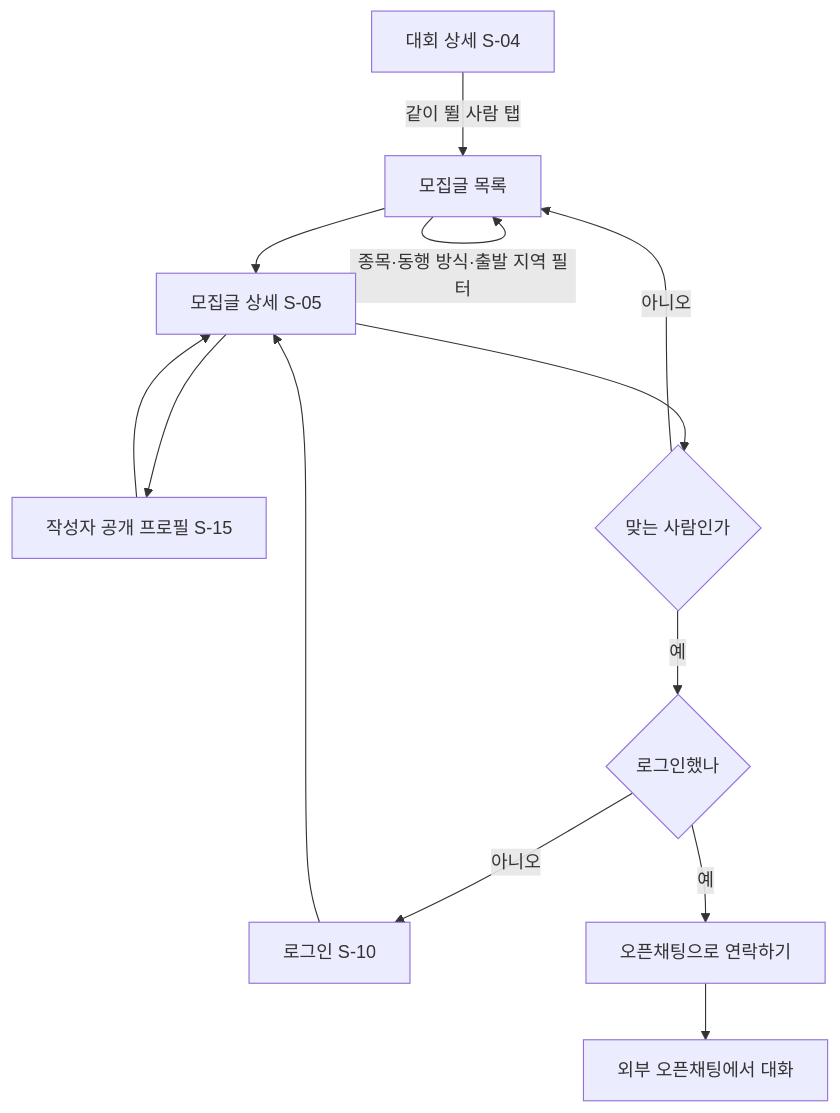
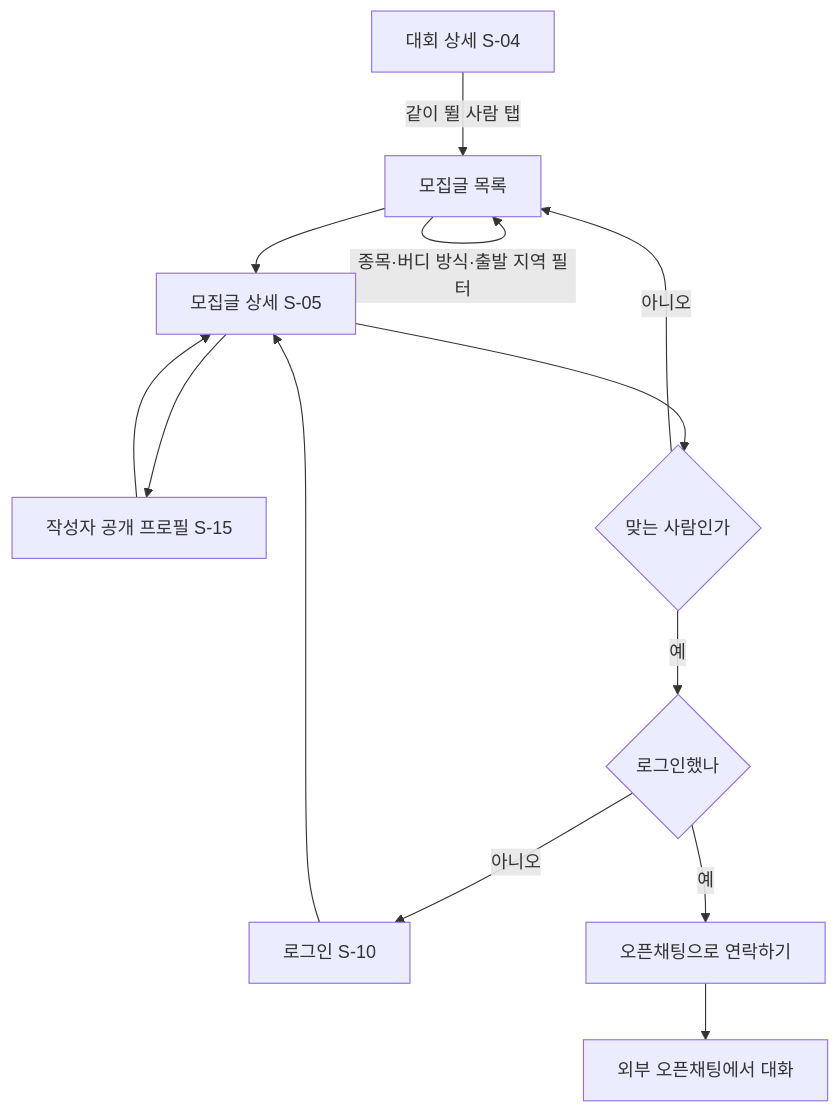
The second of 8 diagrams in docs/planning/04_사용자플로우.md (keepgrade/TogeRun), drawn with Mermaid before and after one commit. The commit also changed 5 other files, not shown here.

````diff
--- a/docs/planning/04_사용자플로우.md
+++ b/docs/planning/04_사용자플로우.md
@@ -24,15 +24,15 @@
 ```mermaid
 flowchart TD
   A[대회 상세 S-04] -->|같이 뛸 사람 탭| B[모집글 목록]
-  B -->|종목·동행 방식·출발 지역 필터| B
+  B -->|종목·버디 방식·출발 지역 필터| B
   B --> C[모집글 상세 S-05]
   C --> P[작성자 공개 프로필 S-15]
   P --> C
   C --> D{맞는 사람인가}
   D -- 아니오 --> B
   D -- 예 --> E{로그인했나}
   E -- 아니오 --> L[로그인 S-10]
   L --> C
   E -- 예 --> F[오픈채팅으로 연락하기]
   F --> G[외부 오픈채팅에서 대화]
 ```
````
